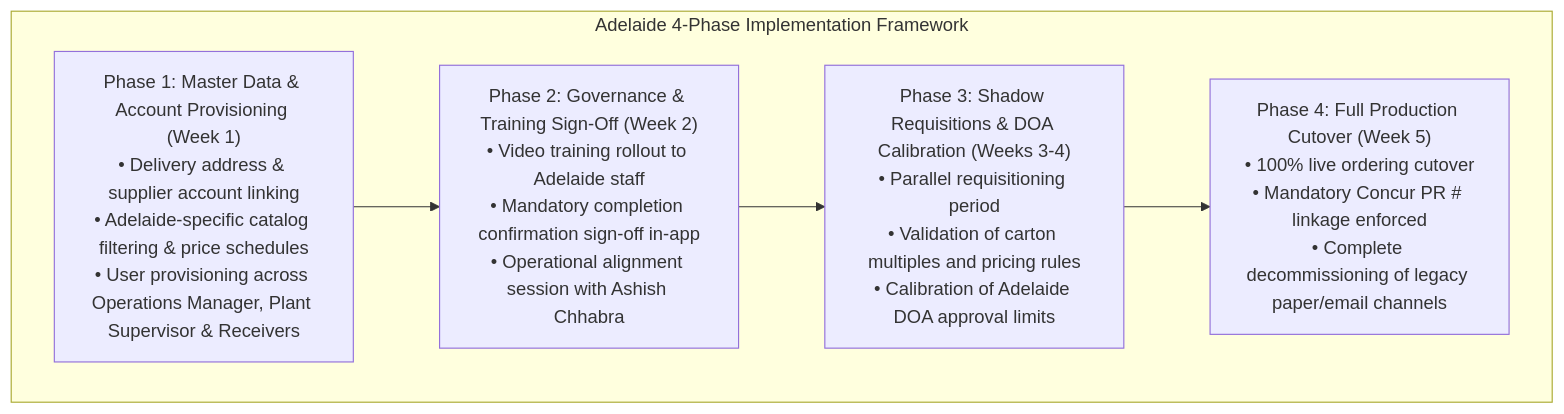
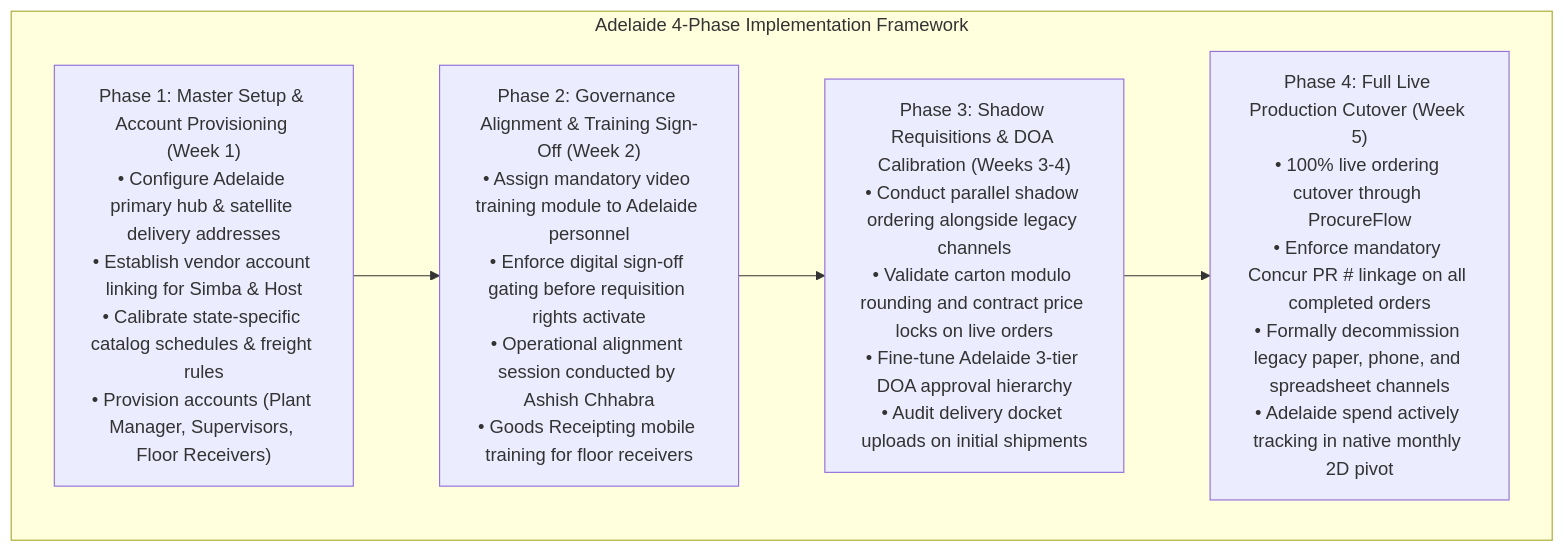
One commit to SPLGit-Project/ProcureFlow-App changed the seventh of 8 diagrams in docs/PROCUREFLOW_DEVELOPMENT_ACTION_PLAN.md. Above: the diagram before and after it, drawn with Mermaid. The commit also changed other lines of this file and 2 other files, not shown here.

Commit message:
docs: elevate executive action plan and presentation deck to v5.0 with full RACI, value realization, 12-slide executive deck, and speaker notes

````diff
--- a/docs/PROCUREFLOW_DEVELOPMENT_ACTION_PLAN.md
+++ b/docs/PROCUREFLOW_DEVELOPMENT_ACTION_PLAN.md
@@ -350,11 +229,11 @@
 ```mermaid
 flowchart TD
     subgraph AdelaideModel ["Adelaide 4-Phase Implementation Framework"]
-        P1["Phase 1: Master Data & Account Provisioning (Week 1)<br/>• Delivery address & supplier account linking<br/>• Adelaide-specific catalog filtering & price schedules<br/>• User provisioning across Operations Manager, Plant Supervisor & Receivers"]
-        P2["Phase 2: Governance & Training Sign-Off (Week 2)<br/>• Video training rollout to Adelaide staff<br/>• Mandatory completion confirmation sign-off in-app<br/>• Operational alignment session with Ashish Chhabra"]
-        P3["Phase 3: Shadow Requisitions & DOA Calibration (Weeks 3-4)<br/>• Parallel requisitioning period<br/>• Validation of carton multiples and pricing rules<br/>• Calibration of Adelaide DOA approval limits"]
-        P4["Phase 4: Full Production Cutover (Week 5)<br/>• 100% live ordering cutover<br/>• Mandatory Concur PR # linkage enforced<br/>• Complete decommissioning of legacy paper/email channels"]
+        P1["Phase 1: Master Setup & Account Provisioning (Week 1)<br/>• Configure Adelaide primary hub & satellite delivery addresses<br/>• Establish vendor account linking for Simba & Host<br/>• Calibrate state-specific catalog schedules & freight rules<br/>• Provision accounts (Plant Manager, Supervisors, Floor Receivers)"]
+        P2["Phase 2: Governance Alignment & Training Sign-Off (Week 2)<br/>• Assign mandatory video training module to Adelaide personnel<br/>• Enforce digital sign-off gating before requisition rights activate<br/>• Operational alignment session conducted by Ashish Chhabra<br/>• Goods Receipting mobile training for floor receivers"]
+        P3["Phase 3: Shadow Requisitions & DOA Calibration (Weeks 3-4)<br/>• Conduct parallel shadow ordering alongside legacy channels<br/>• Validate carton modulo rounding and contract price locks on live orders<br/>• Fine-tune Adelaide 3-tier DOA approval hierarchy<br/>• Audit delivery docket uploads on initial shipments"]
+        P4["Phase 4: Full Live Production Cutover (Week 5)<br/>• 100% live ordering cutover through ProcureFlow<br/>• Enforce mandatory Concur PR # linkage on all completed orders<br/>• Formally decommission legacy paper, phone, and spreadsheet channels<br/>• Adelaide spend actively tracking in native monthly 2D pivot"]
     end
 
     P1 --> P2 --> P3 --> P4
 ```
````
